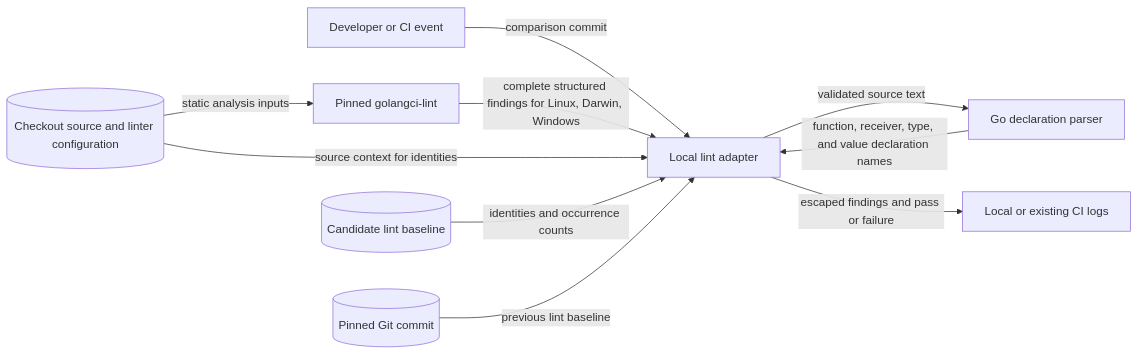
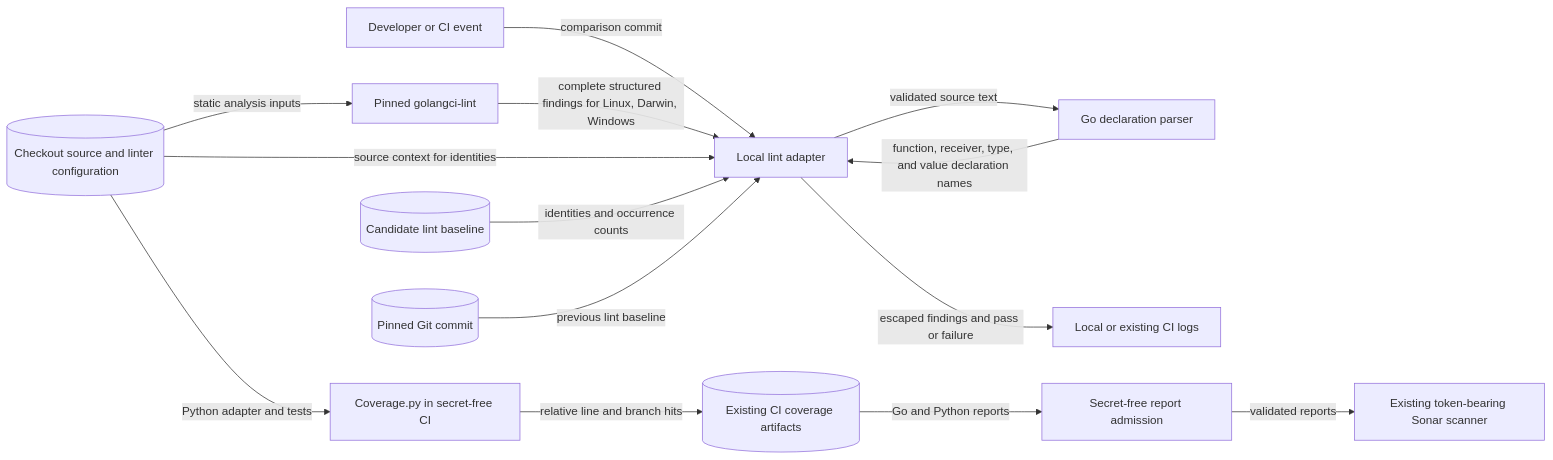
One commit to go-gremlins/gremlins changed the diagram in docs/development/lint-design.md. Above: the diagram before and after it, drawn with Mermaid. The commit also changed other lines of this file and 14 other files, not shown here.

````diff
--- a/docs/development/lint-design.md
+++ b/docs/development/lint-design.md
@@ -19,12 +19,16 @@
 ```mermaid
 flowchart LR
   developer[Developer or CI event] -->|comparison commit| gate[Local lint adapter]
   checkout[(Checkout source and linter configuration)] -->|static analysis inputs| lint[Pinned golangci-lint]
   lint -->|complete structured findings for Linux, Darwin, Windows| gate
   gate -->|validated source text| parser[Go declaration parser]
   parser -->|function, receiver, type, and value declaration names| gate
   checkout -->|source context for identities| gate
   baseline[(Candidate lint baseline)] -->|identities and occurrence counts| gate
   history[(Pinned Git commit)] -->|previous lint baseline| gate
   gate -->|escaped findings and pass or failure| logs[Local or existing CI logs]
+  checkout -->|Python adapter and tests| coverage[Coverage.py in secret-free CI]
+  coverage -->|relative line and branch hits| artifact[(Existing CI coverage artifacts)]
+  artifact -->|Go and Python reports| admission[Secret-free report admission]
+  admission -->|validated reports| scanner[Existing token-bearing Sonar scanner]
 ```
````
